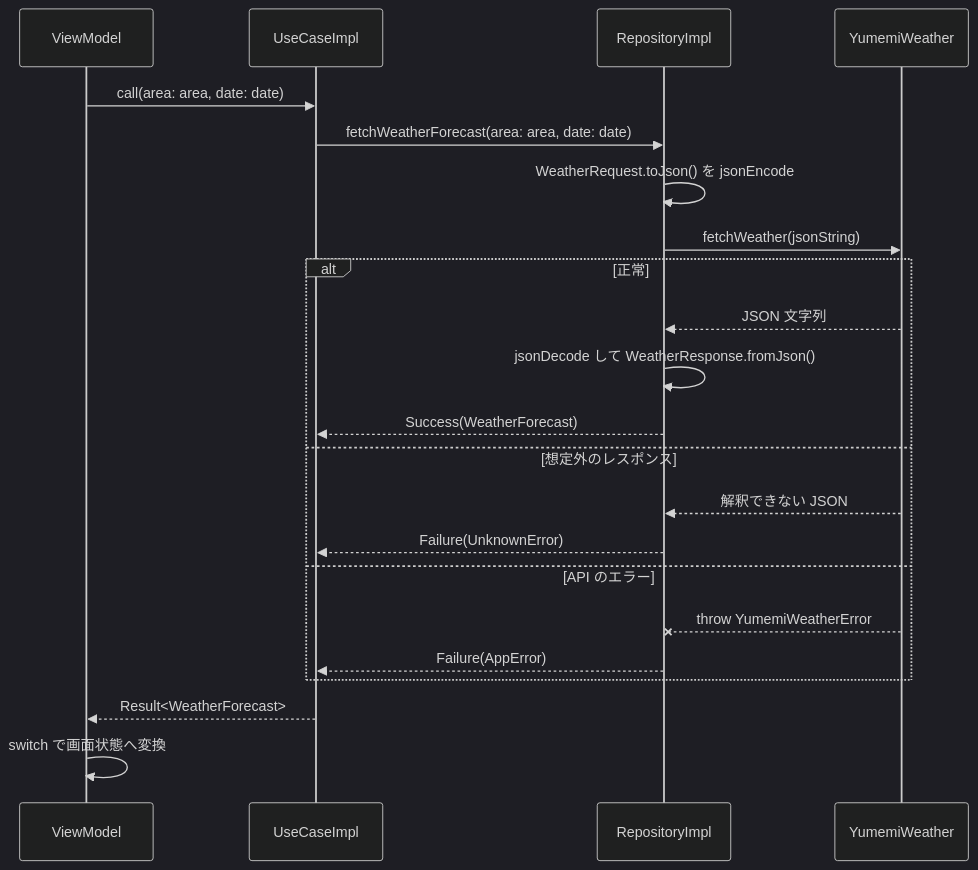
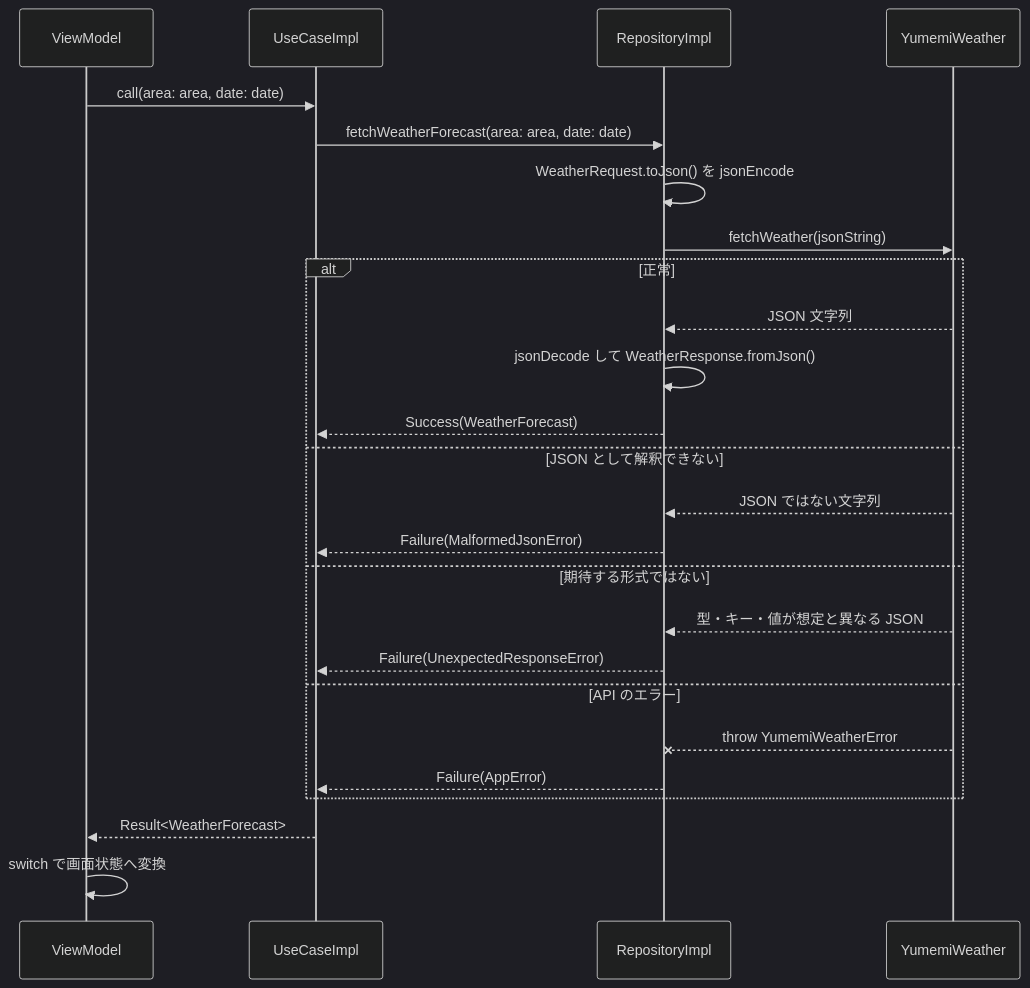
Before and after one commit to Ryosuke-Androiddev/flutter-training-rnikushi: the second of 2 diagrams in docs/ARCHITECTURE.md, drawn with Mermaid (dark theme). The commit also changed other lines of this file and 4 other files, not shown here.

Commit message:
想定外のレスポンスを UnknownError にまとめず、MalformedJsonError と UnexpectedResponseError に分ける

````diff
--- a/docs/ARCHITECTURE.md
+++ b/docs/ARCHITECTURE.md
@@ -115,25 +115,28 @@
 ```mermaid
 sequenceDiagram
   participant VM as ViewModel
   participant UC as UseCaseImpl
   participant R as RepositoryImpl
   participant API as YumemiWeather
 
   VM->>UC: call(area: area, date: date)
   UC->>R: fetchWeatherForecast(area: area, date: date)
   R->>R: WeatherRequest.toJson() を jsonEncode
   R->>API: fetchWeather(jsonString)
   alt 正常
     API-->>R: JSON 文字列
     R->>R: jsonDecode して WeatherResponse.fromJson()
     R-->>UC: Success(WeatherForecast)
-  else 想定外のレスポンス
-    API-->>R: 解釈できない JSON
-    R-->>UC: Failure(UnknownError)
+  else JSON として解釈できない
+    API-->>R: JSON ではない文字列
+    R-->>UC: Failure(MalformedJsonError)
+  else 期待する形式ではない
+    API-->>R: 型・キー・値が想定と異なる JSON
+    R-->>UC: Failure(UnexpectedResponseError)
   else API のエラー
     API--xR: throw YumemiWeatherError
     R-->>UC: Failure(AppError)
   end
   UC-->>VM: Result<WeatherForecast>
   VM->>VM: switch で画面状態へ変換
 ```
````
